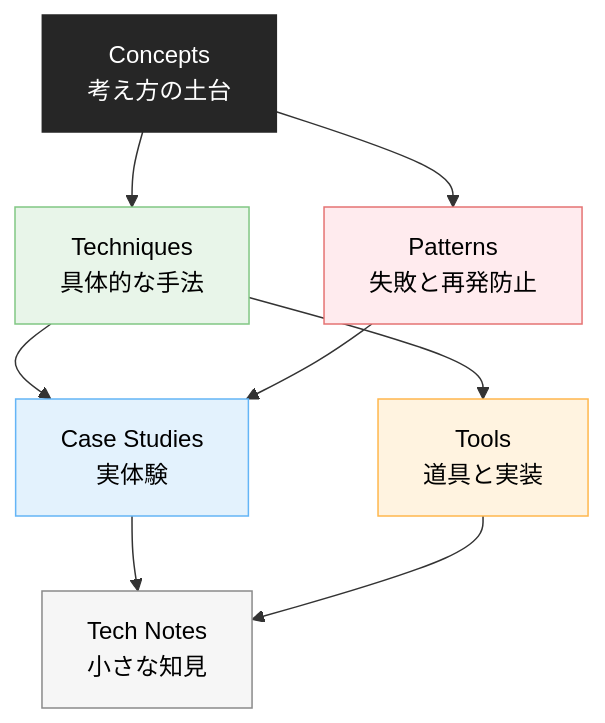
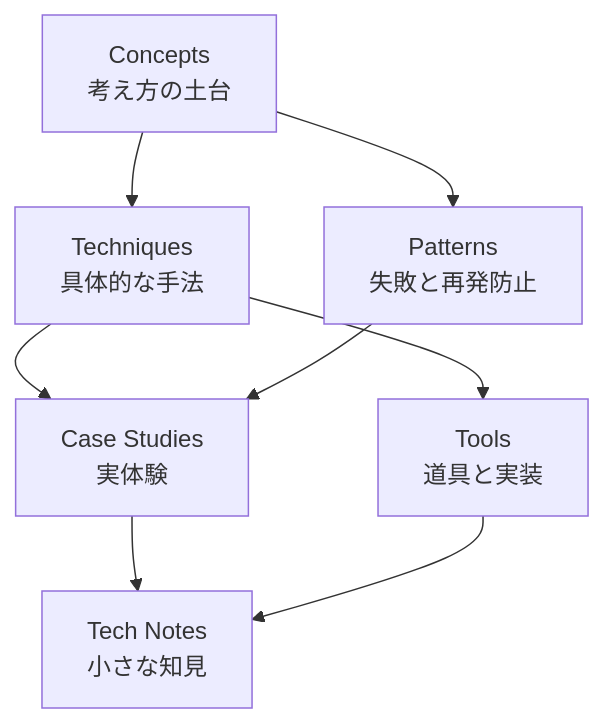
One commit to dinekt/dinekt-wiki changed the first of 2 diagrams in docs/index.md. Above: the diagram before and after it, drawn with Mermaid. The commit also changed 1 other file, not shown here.

Commit message:
fix(mermaid): force dark-mode readability via CSS overrides
- Light mode: force all node labels dark; nodes with dark inline fill get white text
- Dark mode: override all text to light; remap pastel inline fills to dark saturated variants (green/red/blue/orange/yellow/gray)
- Dark fills get lighter stroke to be distinguishable from dark-mode bg
- Home categoory diagram: remove inline styling, rely on Material/Mermaid theme
- All selectors scoped to g.node[style*=fill:#xxx] to match Mermaid's inline output

````diff
--- a/docs/index.md
+++ b/docs/index.md
@@ -17,17 +17,10 @@
 ```mermaid
 flowchart TD
     C[Concepts<br/>考え方の土台] --> T[Techniques<br/>具体的な手法]
     C --> P[Patterns<br/>失敗と再発防止]
     T --> CS[Case Studies<br/>実体験]
     P --> CS
     T --> TO[Tools<br/>道具と実装]
     CS --> TN[Tech Notes<br/>小さな知見]
     TO --> TN
-
-    style C fill:#262626,color:#fff,stroke:#262626
-    style T fill:#e8f5e9,stroke:#81c784,color:#000
-    style P fill:#ffebee,stroke:#e57373,color:#000
-    style CS fill:#e3f2fd,stroke:#64b5f6,color:#000
-    style TO fill:#fff3e0,stroke:#ffb74d,color:#000
-    style TN fill:#f6f6f6,stroke:#8a8a8a,color:#000
 ```
````
